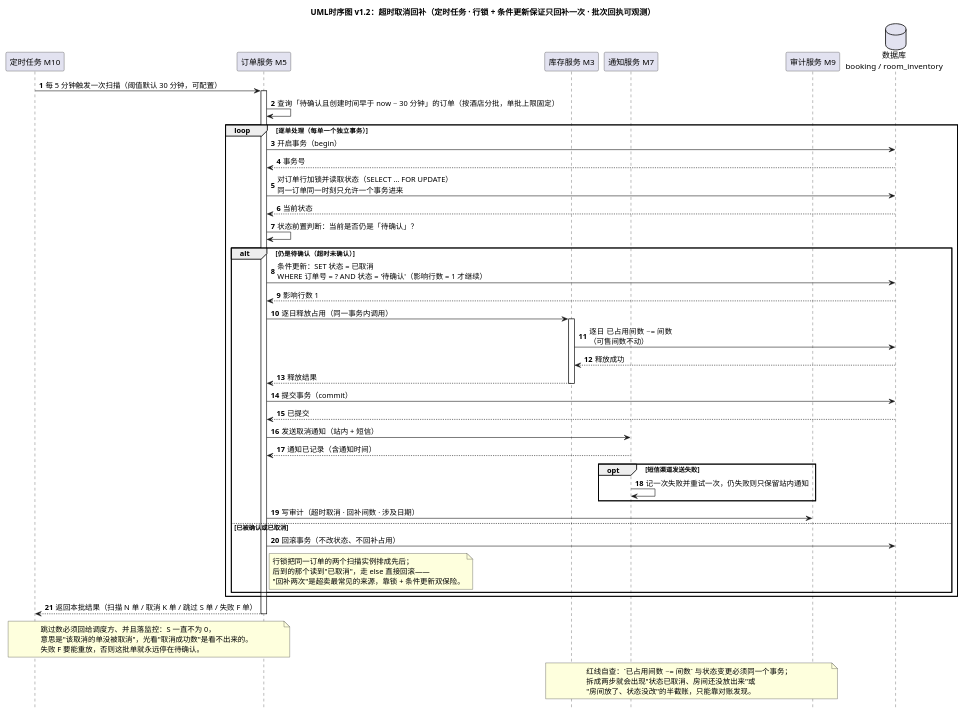
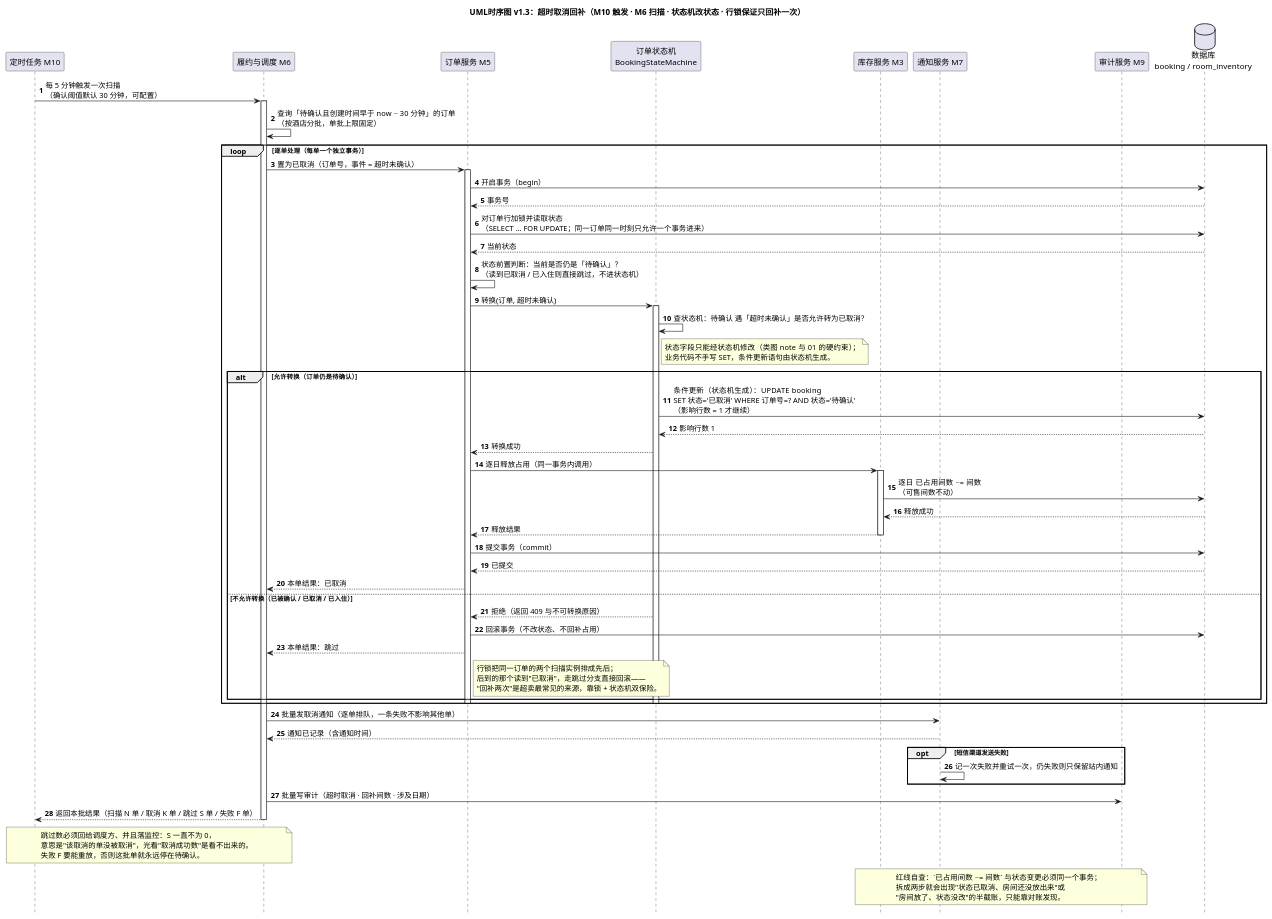
The diagram in exp2/UML/UML时序图-超时取消.puml (ChenYiFanAccount/softeng-lab1-requirements), drawn with PlantUML before and after one commit. The commit also changed 7 other files, not shown here.

```diff
--- a/exp2/UML/UML时序图-超时取消.puml
+++ b/exp2/UML/UML时序图-超时取消.puml
@@ -1,67 +1,83 @@
 @startuml
-' 版本：v1.2（2026-11-12，S4 交互图，REQ-007 / REQ-010 / REQ-019 / REQ-023; 补批次回执与跳过/失败计数）
+' 版本：v1.3（2026-11-12，S4 交互图，REQ-007 / REQ-010 / REQ-019 / REQ-023）
 ' 修订：v1.0 只有 M5 自调用"状态前置判断"，没有订单行锁——两个扫描实例并发时会双回补；
-'      v1.1 补上"对订单行加锁 + 条件更新（影响行数=1 才继续）"，这才是 02 §5 里写的"订单行锁"。
-'      v1.2 批次回执可观测
-title UML时序图 v1.2：超时取消回补（定时任务 · 行锁 + 条件更新保证只回补一次 · 批次回执可观测）
+'      v1.1 补"对订单行加锁 + 条件更新（影响行数=1 才继续）"；
+'      v1.2 补批次回执（扫描/取消/跳过/失败四个数）；
+'      v1.3 按评审 R-10 把扫描职责归还 M6（M10 触发 → M6 扫描 → M6 请求 M5 置取消），
+'           按 R-11 把状态变更收口到 BookingStateMachine（条件更新 SQL 由状态机生成，业务代码不手写 SET）。
+title UML时序图 v1.3：超时取消回补（M10 触发 · M6 扫描 · 状态机改状态 · 行锁保证只回补一次）
 autonumber
 hide footbox
 
 participant "定时任务 M10" as M10
+participant "履约与调度 M6" as M6
 participant "订单服务 M5" as M5
+participant "订单状态机\nBookingStateMachine" as SM
 participant "库存服务 M3" as M3
 participant "通知服务 M7" as M7
 participant "审计服务 M9" as M9
 database "数据库\nbooking / room_inventory" as DB
 
-M10 -> M5 : 每 5 分钟触发一次扫描（阈值默认 30 分钟，可配置）
-activate M5
-M5 -> M5 : 查询「待确认且创建时间早于 now − 30 分钟」的订单（按酒店分批，单批上限固定）
+M10 -> M6 : 每 5 分钟触发一次扫描\n（确认阈值默认 30 分钟，可配置）
+activate M6
+M6 -> M6 : 查询「待确认且创建时间早于 now − 30 分钟」的订单\n（按酒店分批，单批上限固定）
 
 loop 逐单处理（每单一个独立事务）
+  M6 -> M5 : 置为已取消（订单号，事件 = 超时未确认）
+  activate M5
   M5 -> DB : 开启事务（begin）
   DB --> M5 : 事务号
-  M5 -> DB : 对订单行加锁并读取状态（SELECT … FOR UPDATE）\n同一订单同一时刻只允许一个事务进来
+  M5 -> DB : 对订单行加锁并读取状态\n（SELECT … FOR UPDATE；同一订单同一时刻只允许一个事务进来）
   DB --> M5 : 当前状态
-  M5 -> M5 : 状态前置判断：当前是否仍是「待确认」？
+  M5 -> M5 : 状态前置判断：当前是否仍是「待确认」？\n（读到已取消 / 已入住则直接跳过，不进状态机）
+  M5 -> SM : 转换(订单, 超时未确认)
+  activate SM
+  SM -> SM : 查状态机：待确认 遇「超时未确认」是否允许转为已取消？
+  note right of SM : 状态字段只能经状态机修改（类图 note 与 01 的硬约束）；\n业务代码不手写 SET，条件更新语句由状态机生成。
 
-  alt 仍是待确认（超时未确认）
-    M5 -> DB : 条件更新：SET 状态 = 已取消\nWHERE 订单号 = ? AND 状态 = '待确认'（影响行数 = 1 才继续）
-    DB --> M5 : 影响行数 1
+  alt 允许转换（订单仍是待确认）
+    SM -> DB : 条件更新（状态机生成）：UPDATE booking\nSET 状态='已取消' WHERE 订单号=? AND 状态='待确认'\n（影响行数 = 1 才继续）
+    DB --> SM : 影响行数 1
+    SM --> M5 : 转换成功
     M5 -> M3 : 逐日释放占用（同一事务内调用）
     activate M3
     M3 -> DB : 逐日 已占用间数 −= 间数\n（可售间数不动）
     DB --> M3 : 释放成功
     M3 --> M5 : 释放结果
     deactivate M3
     M5 -> DB : 提交事务（commit）
     DB --> M5 : 已提交
-    M5 -> M7 : 发送取消通知（站内 + 短信）
-    M7 --> M5 : 通知已记录（含通知时间）
-
-    opt 短信渠道发送失败
-      M7 -> M7 : 记一次失败并重试一次，仍失败则只保留站内通知
-    end
-
-    M5 -> M9 : 写审计（超时取消 · 回补间数 · 涉及日期）
-  else 已被确认或已取消
+    M5 --> M6 : 本单结果：已取消
+  else 不允许转换（已被确认 / 已取消 / 已入住）
+    SM --> M5 : 拒绝（返回 409 与不可转换原因）
     M5 -> DB : 回滚事务（不改状态、不回补占用）
-    note right of M5 : 行锁把同一订单的两个扫描实例排成先后；\n后到的那个读到"已取消"，走 else 直接回滚——\n"回补两次"是超卖最常见的来源，靠锁 + 条件更新双保险。
+    M5 --> M6 : 本单结果：跳过
+    note right of M5 : 行锁把同一订单的两个扫描实例排成先后；\n后到的那个读到"已取消"，走跳过分支直接回滚——\n"回补两次"是超卖最常见的来源，靠锁 + 状态机双保险。
   end
+  deactivate SM
+  deactivate M5
 end
 
-M5 --> M10 : 返回本批结果（扫描 N 单 / 取消 K 单 / 跳过 S 单 / 失败 F 单）
-note over M10, M5
+M6 -> M7 : 批量发取消通知（逐单排队，一条失败不影响其他单）
+M7 --> M6 : 通知已记录（含通知时间）
+
+opt 短信渠道发送失败
+  M7 -> M7 : 记一次失败并重试一次，仍失败则只保留站内通知
+end
+
+M6 -> M9 : 批量写审计（超时取消 · 回补间数 · 涉及日期）
+M6 --> M10 : 返回本批结果（扫描 N 单 / 取消 K 单 / 跳过 S 单 / 失败 F 单）
+note over M10, M6
   跳过数必须回给调度方、并且落监控：S 一直不为 0，
   意思是"该取消的单没被取消"，光看"取消成功数"是看不出来的。
   失败 F 要能重放，否则这批单就永远停在待确认。
 end note
 
-deactivate M5
+deactivate M6
 
 note over M3, M9
   红线自查：`已占用间数 −= 间数` 与状态变更必须同一个事务；
   拆成两步就会出现"状态已取消、房间还没放出来"或
   "房间放了、状态没改"的半截账，只能靠对账发现。
 end note
 @enduml
```
